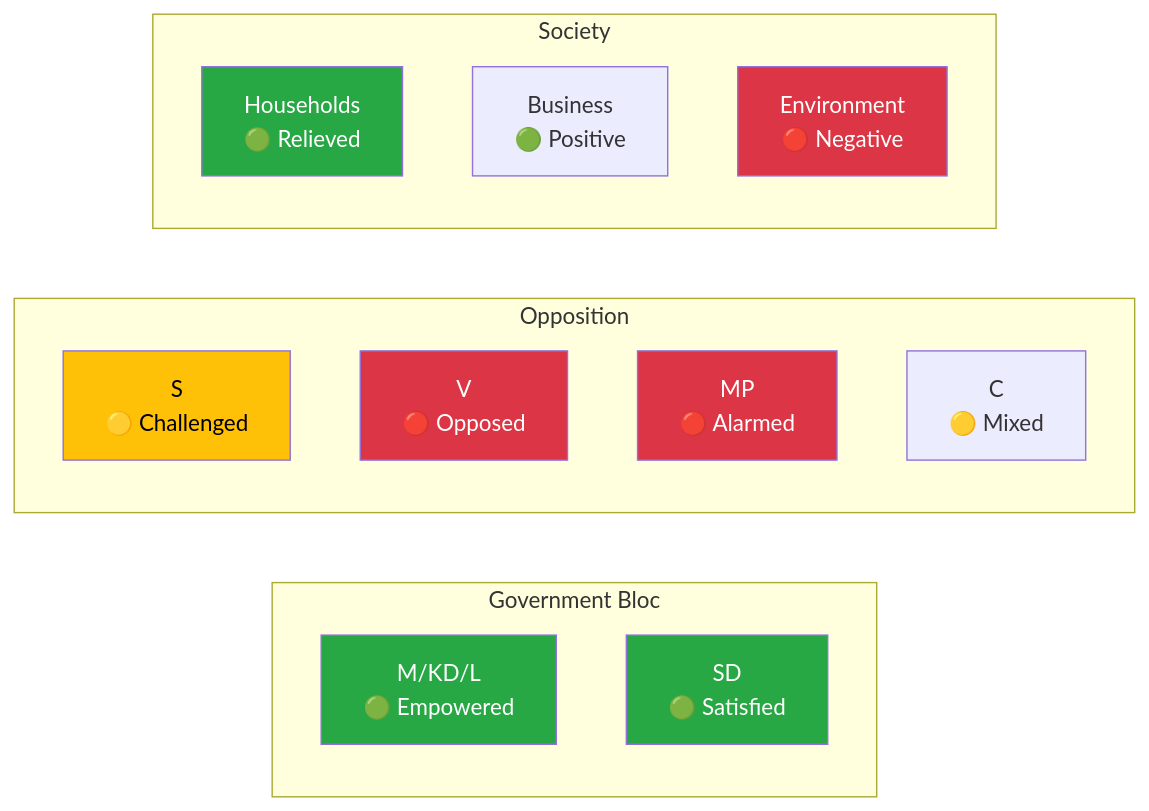
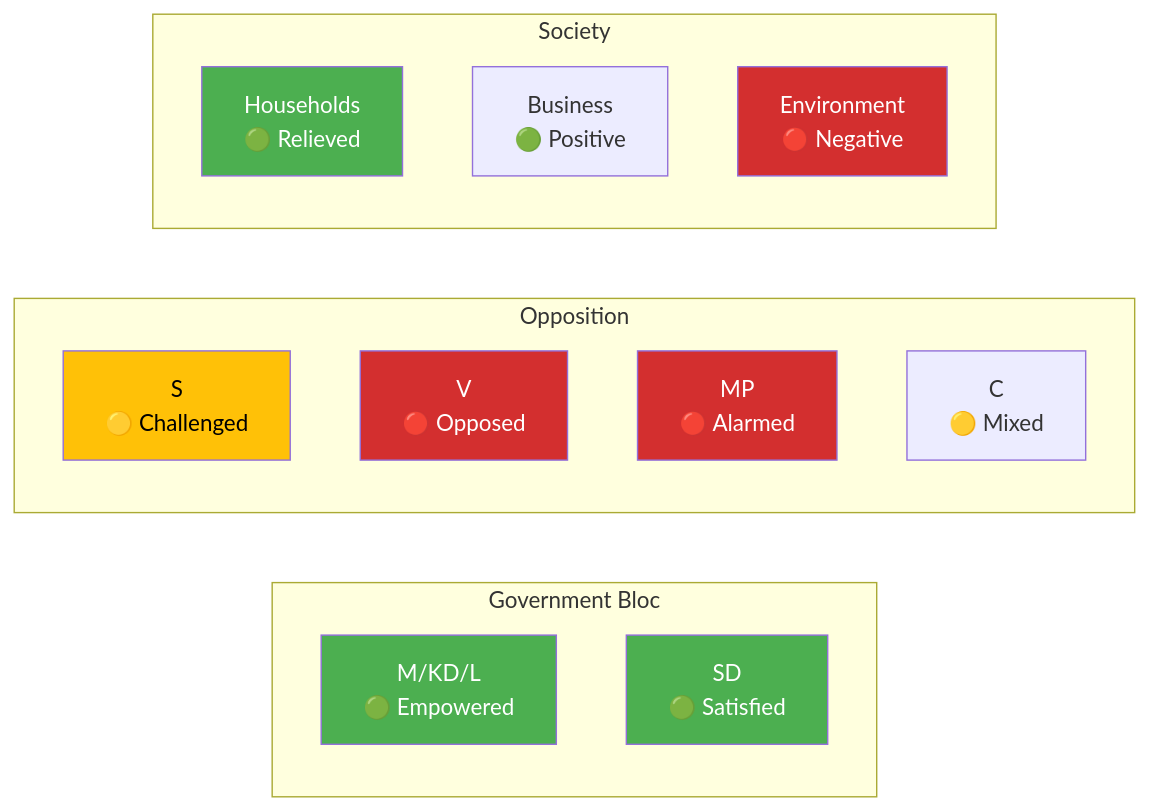
The diagram in analysis/daily/2026-04-13/propositions/stakeholder-perspectives.md (Hack23/riksdagsmonitor), drawn with Mermaid before and after one commit. The commit also changed 785 other files, not shown here.

First line of the commit message:
Normalize mermaid colors across 786 analysis artifacts to ISMS Style Guide palette

````diff
--- a/analysis/daily/2026-04-13/propositions/stakeholder-perspectives.md
+++ b/analysis/daily/2026-04-13/propositions/stakeholder-perspectives.md
@@ -10,26 +10,26 @@
 ```mermaid
 flowchart LR
     subgraph "Government Bloc"
         A["M/KD/L<br/>🟢 Empowered"]
         B["SD<br/>🟢 Satisfied"]
     end
     subgraph "Opposition"
         C["S<br/>🟡 Challenged"]
         D["V<br/>🔴 Opposed"]
         E["MP<br/>🔴 Alarmed"]
         F["C<br/>🟡 Mixed"]
     end
     subgraph "Society"
         G["Households<br/>🟢 Relieved"]
         H["Business<br/>🟢 Positive"]
         I["Environment<br/>🔴 Negative"]
     end
     
-    style A fill:#28a745,color:#fff
-    style B fill:#28a745,color:#fff
-    style C fill:#ffc107,color:#000
-    style D fill:#dc3545,color:#fff
-    style E fill:#dc3545,color:#fff
-    style G fill:#28a745,color:#fff
-    style I fill:#dc3545,color:#fff
+    style A fill:#4CAF50,color:#FFFFFF
+    style B fill:#4CAF50,color:#FFFFFF
+    style C fill:#FFC107,color:#000000
+    style D fill:#D32F2F,color:#FFFFFF
+    style E fill:#D32F2F,color:#FFFFFF
+    style G fill:#4CAF50,color:#FFFFFF
+    style I fill:#D32F2F,color:#FFFFFF
 ```
````
